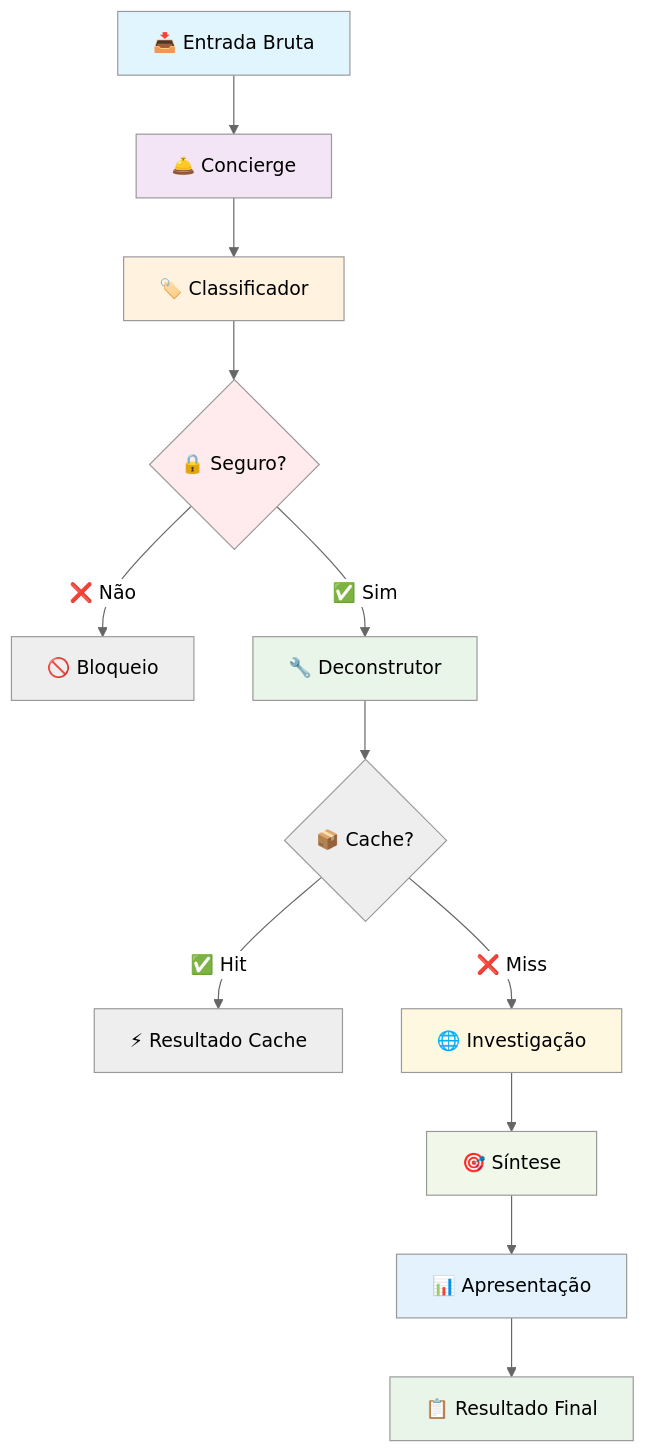
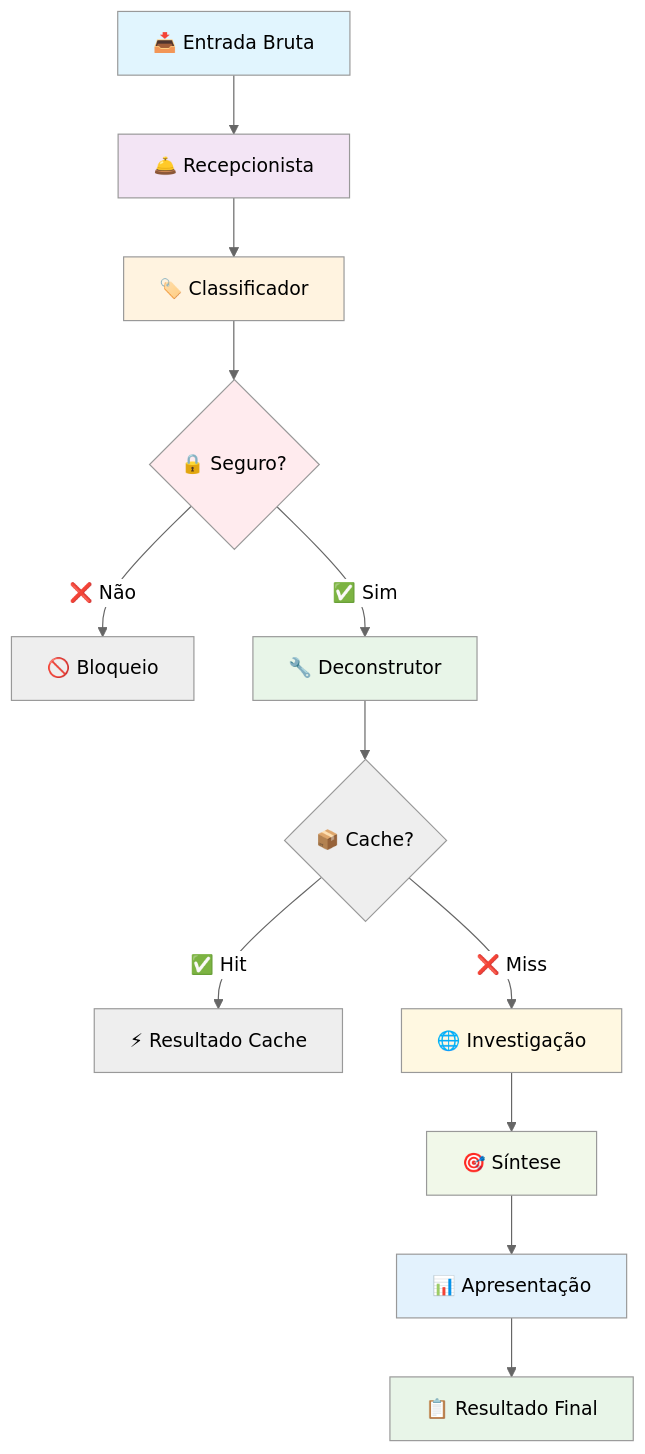
One commit to renatobarrosai/investiga.ai-backend changed the first of 12 diagrams in docs/arquitetura_sistema.md. Above: the diagram before and after it, drawn with Mermaid (neutral theme). The commit also changed other lines of this file and 4 other files, not shown here.

Commit message:
refactor: substitui Concierge por Recepcionista

````diff
--- a/docs/arquitetura_sistema.md
+++ b/docs/arquitetura_sistema.md
@@ -47,24 +47,24 @@
 ```mermaid
 graph TD
-    A[📥 Entrada Bruta] --> B[🛎️ Concierge]
+    A[📥 Entrada Bruta] --> B[🛎️ Recepcionista]
     B --> C[🏷️ Classificador]
     C --> D{🔒 Seguro?}
     D -->|❌ Não| E[🚫 Bloqueio]
     D -->|✅ Sim| F[🔧 Deconstrutor]
     F --> G{📦 Cache?}
     G -->|✅ Hit| H[⚡ Resultado Cache]
     G -->|❌ Miss| I[🌐 Investigação]
     I --> J[🎯 Síntese]
     J --> K[📊 Apresentação]
     K --> L[📋 Resultado Final]
     
     style A fill:#e1f5fe
     style B fill:#f3e5f5
     style C fill:#fff3e0
     style D fill:#ffebee
     style F fill:#e8f5e8
     style I fill:#fff8e1
     style J fill:#f1f8e9
     style K fill:#e3f2fd
     style L fill:#e8f5e8
 ```
````
